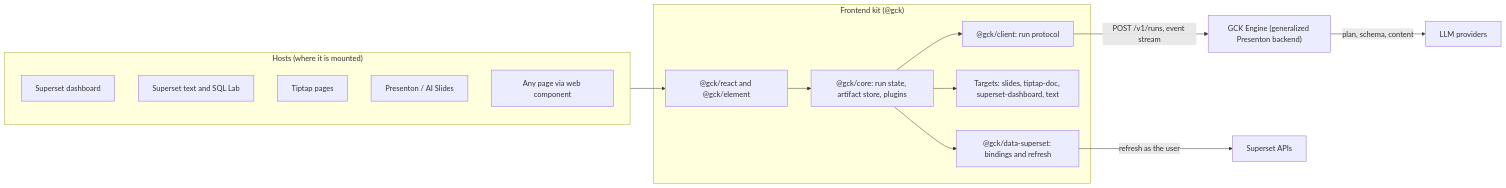
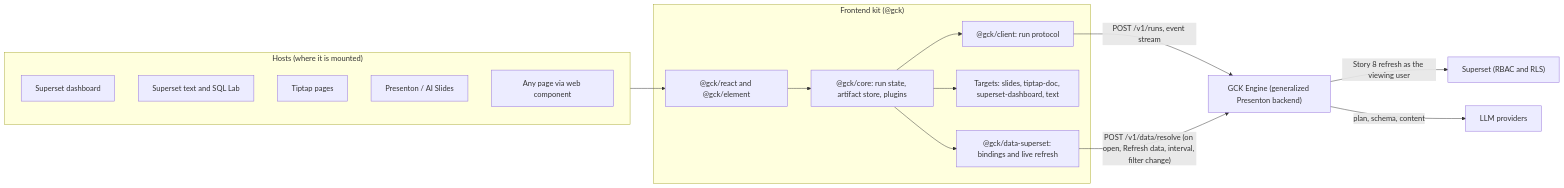
Before and after one commit to debnathSD/presenton-os: the diagram in tutorial/content/ai-component/index.md, drawn with Mermaid. The commit also changed other lines of this file and 12 other files, not shown here.

First line of the commit message:
docs: make every GCK target use live Superset data

````diff
--- a/tutorial/content/ai-component/index.md
+++ b/tutorial/content/ai-component/index.md
@@ -38,26 +39,27 @@
 ```mermaid
 flowchart LR
     subgraph Hosts["Hosts (where it is mounted)"]
         H1["Superset dashboard"]
         H2["Superset text and SQL Lab"]
         H3["Tiptap pages"]
         H4["Presenton / AI Slides"]
         H5["Any page via web component"]
     end
     subgraph Kit["Frontend kit (@gck)"]
         R["@gck/react and @gck/element"]
         C["@gck/core: run state, artifact store, plugins"]
         CL["@gck/client: run protocol"]
         T["Targets: slides, tiptap-doc, superset-dashboard, text"]
-        D["@gck/data-superset: bindings and refresh"]
+        D["@gck/data-superset: bindings and live refresh"]
     end
     E["GCK Engine (generalized Presenton backend)"]
     Hosts --> R
     R --> C
     C --> CL
     C --> T
     C --> D
     CL -->|"POST /v1/runs, event stream"| E
-    D -->|"refresh as the user"| SS["Superset APIs"]
+    D -->|"POST /v1/data/resolve (on open, Refresh data, interval, filter change)"| E
+    E -->|"Story 8 refresh as the viewing user"| SS["Superset (RBAC and RLS)"]
     E -->|"plan, schema, content"| LLM["LLM providers"]
 ```
````
